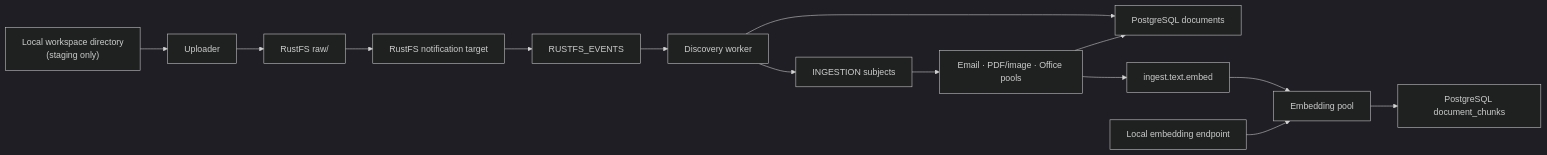
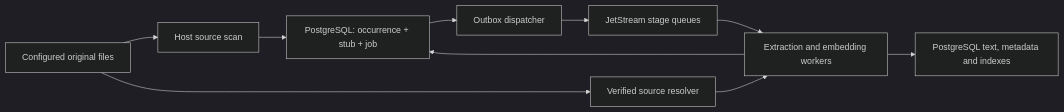
One commit to suankan/pocket-advisor changed the diagram in docs/ingestion-design.md. Above: the diagram before and after it, drawn with Mermaid (dark theme). The commit also changed other lines of this file and 124 other files, not shown here.

````diff
--- a/docs/ingestion-design.md
+++ b/docs/ingestion-design.md
@@ -20,16 +11,12 @@
 ```mermaid
 flowchart LR
-  Source["Local workspace directory\n(staging only)"] --> Upload["Uploader"]
-  Upload --> Raw["RustFS raw/"]
-  Raw --> Notify["RustFS notification target"]
-  Notify --> Events["RUSTFS_EVENTS"]
-  Events --> Discovery["Discovery worker"]
-  Discovery --> Docs["PostgreSQL documents"]
-  Discovery --> Work["INGESTION subjects"]
-  Work --> Extract["Email · PDF/image · Office pools"]
-  Extract --> Docs
-  Extract --> EmbedQ["ingest.text.embed"]
-  EmbedQ --> Indexer["Embedding pool"]
-  Indexer --> Chunks["PostgreSQL document_chunks"]
-  Model["Local embedding endpoint"] --> Indexer
+    Files["Configured original files"] --> Scan["Host source scan"]
+    Scan --> Tx["PostgreSQL: occurrence + stub + job"]
+    Tx --> Dispatcher["Outbox dispatcher"]
+    Dispatcher --> NATS["JetStream stage queues"]
+    NATS --> Workers["Extraction and embedding workers"]
+    Files --> Resolver["Verified source resolver"]
+    Resolver --> Workers
+    Workers --> Tx
+    Workers --> Evidence["PostgreSQL text, metadata and indexes"]
 ```
````
